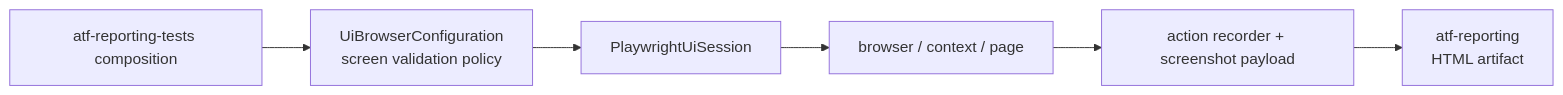
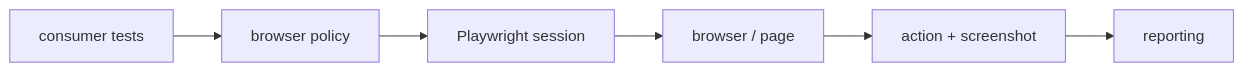
One commit to crististefanita/demo2 changed the diagram in atf-ui/README.md. Above: the diagram before and after it, drawn with Mermaid. The commit also changed 132 other files, not shown here.

Commit message:
Refine Java ATF reporting assets and Practice Shop validation

````diff
--- a/atf-ui/README.md
+++ b/atf-ui/README.md
@@ -18,8 +18,8 @@
 ```mermaid
 flowchart LR
-    Tests[atf-reporting-tests composition] --> Config[UiBrowserConfiguration<br/>screen validation policy]
-    Config --> Session[PlaywrightUiSession]
-    Session --> Browser[browser / context / page]
-    Browser --> Evidence[action recorder + screenshot payload]
-    Evidence --> Reporting[atf-reporting<br/>HTML artifact]
+    Tests[consumer tests] --> Config[browser policy]
+    Config --> Session[Playwright session]
+    Session --> Browser[browser / page]
+    Browser --> Evidence[action + screenshot]
+    Evidence --> Reporting[reporting]
 ```
````
